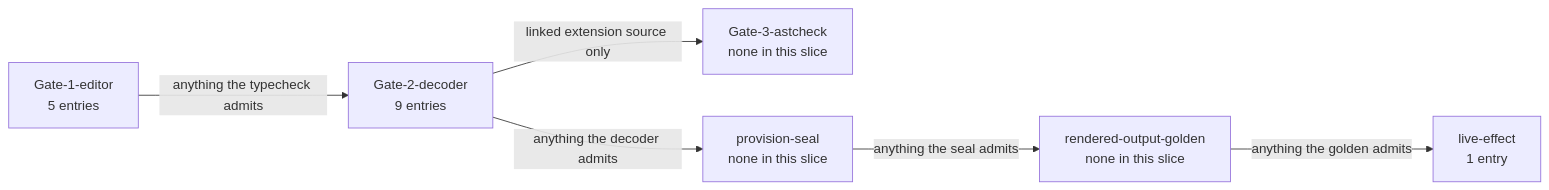
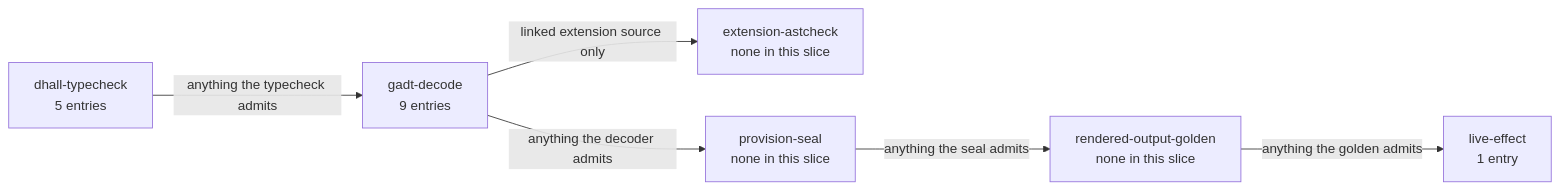
Before and after one commit to Tuee22/amoebius: the diagram in documents/illegal_state/illegal_state_multicluster.md, drawn with Mermaid. The commit also changed other lines of this file and 381 other files, not shown here.

````diff
--- a/documents/illegal_state/illegal_state_multicluster.md
+++ b/documents/illegal_state/illegal_state_multicluster.md
@@ -31,15 +31,15 @@
 ```mermaid
 flowchart LR
   %% register: orientation
-  g1["Gate-1-editor<br/>5 entries"]
-  g2["Gate-2-decoder<br/>9 entries"]
-  g3["Gate-3-astcheck<br/>none in this slice"]
+  g1["dhall-typecheck<br/>5 entries"]
+  g2["gadt-decode<br/>9 entries"]
+  g3["extension-astcheck<br/>none in this slice"]
   ps["provision-seal<br/>none in this slice"]
   rg["rendered-output-golden<br/>none in this slice"]
   le["live-effect<br/>1 entry"]
   g1 -->|"anything the typecheck admits"| g2
   g2 -->|"linked extension source only"| g3
   g2 -->|"anything the decoder admits"| ps
   ps -->|"anything the seal admits"| rg
   rg -->|"anything the golden admits"| le
 ```
````
